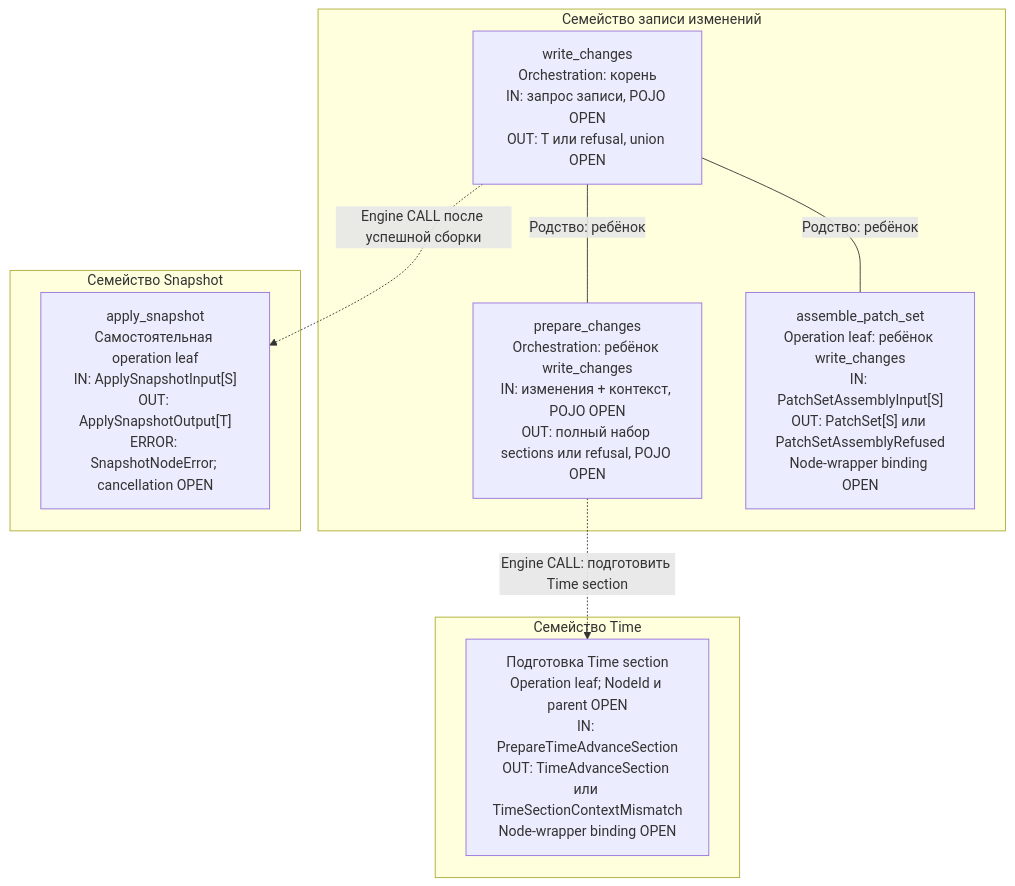
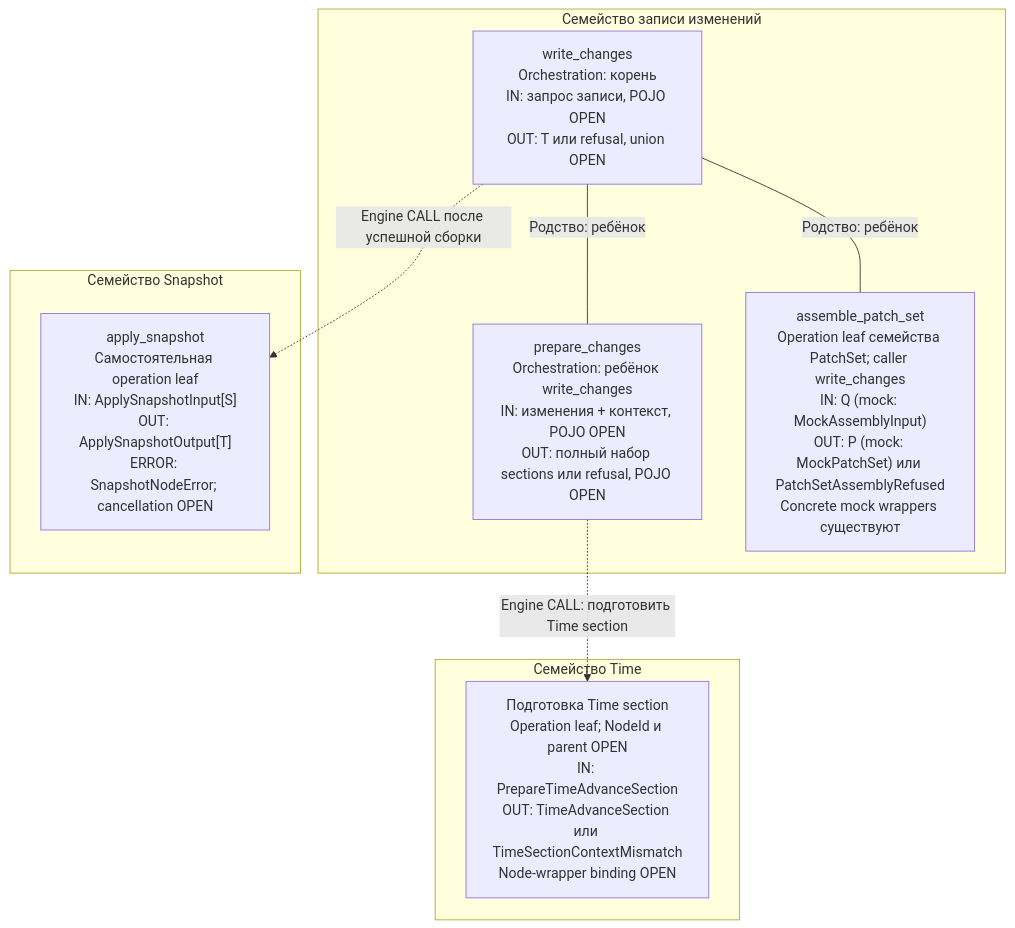
The third of 4 diagrams in .cursor/plans/dag-multidomain-patch-publication-draft.md (AndrewBondaren/AI-Project), drawn with Mermaid before and after one commit. The commit also changed other lines of this file and 20 other files, not shown here.

````diff
--- a/.cursor/plans/dag-multidomain-patch-publication-draft.md
+++ b/.cursor/plans/dag-multidomain-patch-publication-draft.md
@@ -290,18 +292,18 @@
 ```mermaid
 flowchart TB
     subgraph WRITE["Семейство записи изменений"]
         W["write_changes<br/>Orchestration: корень<br/>IN: запрос записи, POJO OPEN<br/>OUT: T или refusal, union OPEN"]
         P["prepare_changes<br/>Orchestration: ребёнок write_changes<br/>IN: изменения + контекст, POJO OPEN<br/>OUT: полный набор sections или refusal, POJO OPEN"]
-        A["assemble_patch_set<br/>Operation leaf: ребёнок write_changes<br/>IN: PatchSetAssemblyInput[S]<br/>OUT: PatchSet[S] или PatchSetAssemblyRefused<br/>Node-wrapper binding OPEN"]
+        A["assemble_patch_set<br/>Operation leaf семейства PatchSet; caller write_changes<br/>IN: Q (mock: MockAssemblyInput)<br/>OUT: P (mock: MockPatchSet) или PatchSetAssemblyRefused<br/>Concrete mock wrappers существуют"]
         W ---|"Родство: ребёнок"| P
         W ---|"Родство: ребёнок"| A
     end
     subgraph TIME["Семейство Time"]
         TP["Подготовка Time section<br/>Operation leaf; NodeId и parent OPEN<br/>IN: PrepareTimeAdvanceSection<br/>OUT: TimeAdvanceSection или TimeSectionContextMismatch<br/>Node-wrapper binding OPEN"]
     end
     subgraph SNAPSHOT["Семейство Snapshot"]
         AP["apply_snapshot<br/>Самостоятельная operation leaf<br/>IN: ApplySnapshotInput[S]<br/>OUT: ApplySnapshotOutput[T]<br/>ERROR: SnapshotNodeError; cancellation OPEN"]
     end
     P -.->|"Engine CALL: подготовить Time section"| TP
     W -.->|"Engine CALL после успешной сборки"| AP
 ```
````
